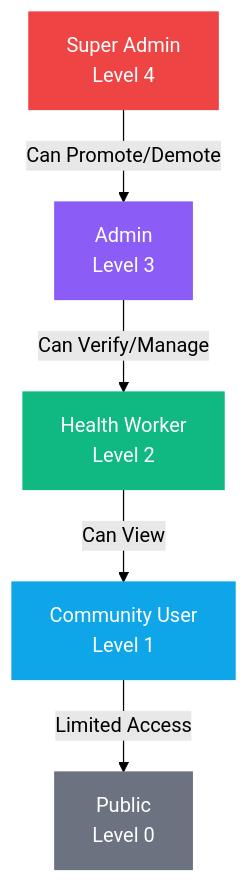
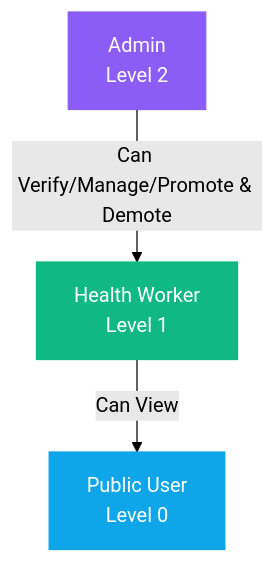
Before and after one commit to ArrinPaul/HealthNex: the tenth of 14 diagrams in README.md, drawn with Mermaid (forest theme). The commit also changed other lines of this file and 41 other files, not shown here.

````diff
--- a/README.md
+++ b/README.md
@@ -512,13 +512,9 @@
 ```mermaid
 graph TD
-    SA["Super Admin<br/>Level 4"] -->|Can Promote/Demote| AD["Admin<br/>Level 3"]
-    AD -->|Can Verify/Manage| HW["Health Worker<br/>Level 2"]
-    HW -->|Can View| CU["Community User<br/>Level 1"]
-    CU -->|Limited Access| PB["Public<br/>Level 0"]
+    AD["Admin<br/>Level 2"] -->|Can Verify/Manage/Promote & Demote| HW["Health Worker<br/>Level 1"]
+    HW -->|Can View| PU["Public User<br/>Level 0"]
 
-    style SA fill:#ef4444,color:#fff,stroke:#ef4444
     style AD fill:#8b5cf6,color:#fff,stroke:#8b5cf6
     style HW fill:#10b981,color:#fff,stroke:#10b981
-    style CU fill:#0ea5e9,color:#fff,stroke:#0ea5e9
-    style PB fill:#6b7280,color:#fff,stroke:#6b7280
+    style PU fill:#0ea5e9,color:#fff,stroke:#0ea5e9
 ```
````
